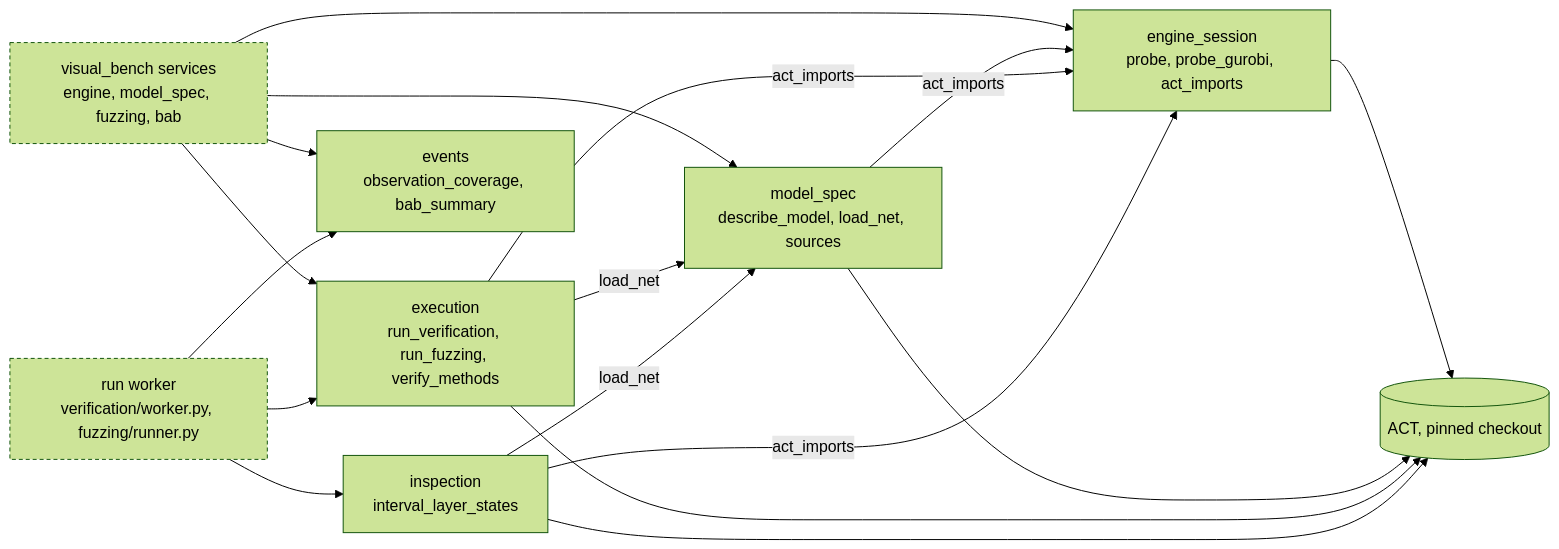
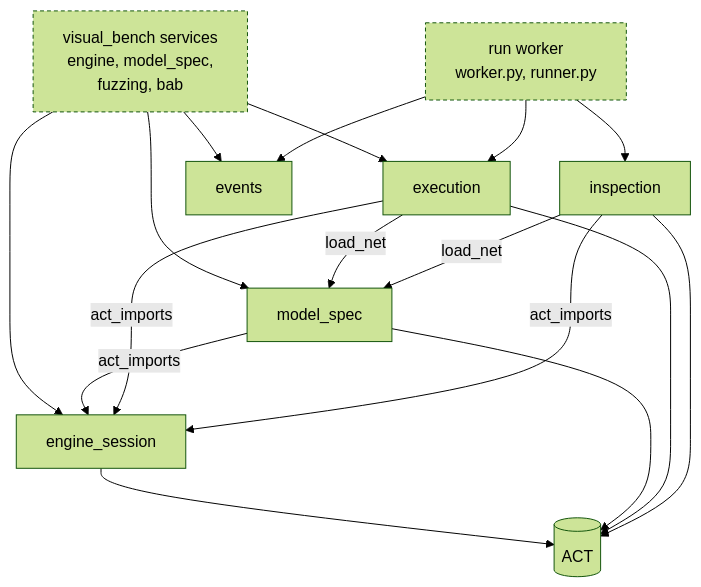
Before and after one commit to SVF-tools/ACT-GUI: the diagram in engine_bridge/README.md, drawn with Mermaid (forest theme). The commit also changed 17 other files, not shown here.

Commit message:
lay out the README flow diagrams top-down so they stay legible on GitHub

````diff
--- a/engine_bridge/README.md
+++ b/engine_bridge/README.md
@@ -62,17 +62,17 @@
 ```mermaid
-flowchart LR
+flowchart TB
   classDef ext stroke-dasharray: 4 3
-  VBS["visual_bench services<br/>engine, model_spec, fuzzing, bab"]:::ext
-  W["run worker<br/>verification/worker.py, fuzzing/runner.py"]:::ext
-  ES["engine_session<br/>probe, probe_gurobi, act_imports"]
-  MS["model_spec<br/>describe_model, load_net, sources"]
-  EX["execution<br/>run_verification, run_fuzzing, verify_methods"]
-  IN["inspection<br/>interval_layer_states"]
-  EV["events<br/>observation_coverage, bab_summary"]
-  ACT[("ACT, pinned checkout")]
+  VBS["visual_bench services<br/>engine, model_spec,<br/>fuzzing, bab"]:::ext
+  W["run worker<br/>worker.py, runner.py"]:::ext
+  EX["execution"]
+  IN["inspection"]
+  EV["events"]
+  MS["model_spec"]
+  ES["engine_session"]
+  ACT[("ACT")]
   VBS --> ES & MS & EX & EV
   W --> EX & IN & EV
   EX & IN -- "load_net" --> MS
   MS & EX & IN -- "act_imports" --> ES
   ES & MS & EX & IN --> ACT
 ```
````
